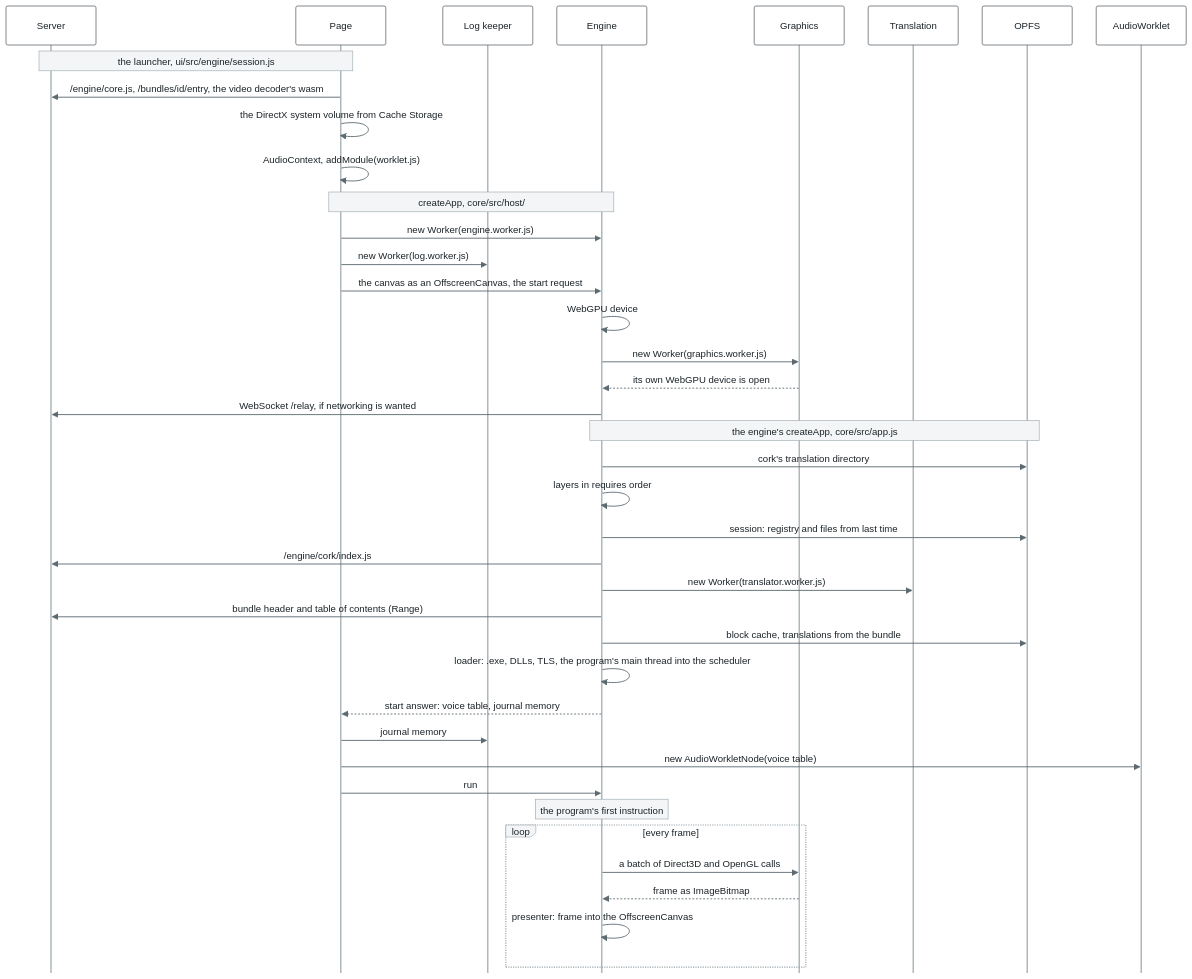
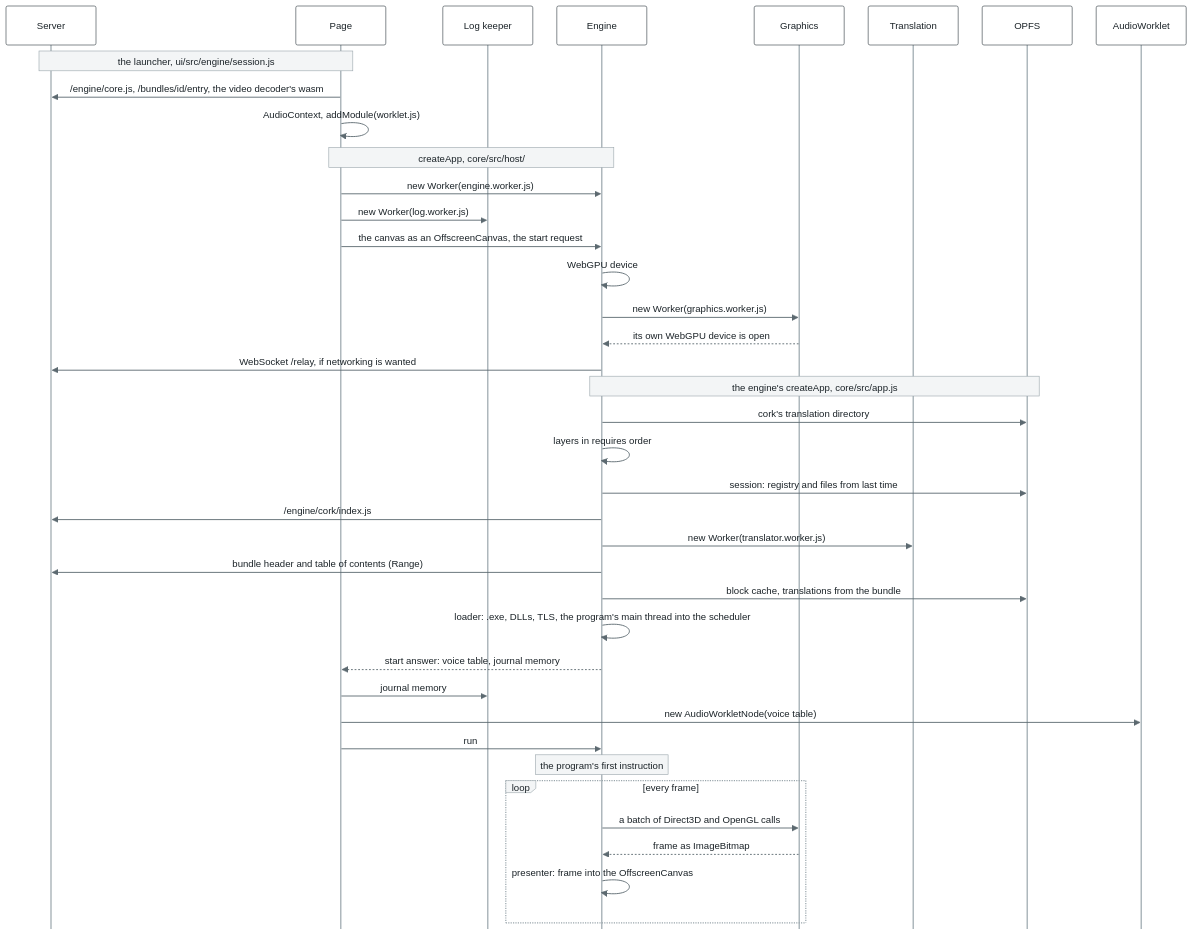
One commit to bottlify/bottlify changed the third of 12 diagrams in docs/architecture.md. Above: the diagram before and after it, drawn with Mermaid. The commit also changed other lines of this file and 19 other files, not shown here.

````diff
--- a/docs/architecture.md
+++ b/docs/architecture.md
@@ -187,43 +187,42 @@
 ```mermaid
 %%{init: {"theme": "base", "sequence": {"mirrorActors": false, "messageMargin": 24, "noteMargin": 8, "actorMargin": 40}, "themeVariables": {"fontFamily": "Inter, Segoe UI, Helvetica, Arial, sans-serif", "fontSize": "13px", "actorBkg": "#FFFFFF", "actorBorder": "#2F3A40", "actorTextColor": "#1B2328", "actorLineColor": "#9AA6AC", "signalColor": "#5C6970", "signalTextColor": "#1B2328", "noteBkgColor": "#F3F5F6", "noteBorderColor": "#9AA6AC", "noteTextColor": "#1B2328", "labelBoxBkgColor": "#F3F5F6", "labelBoxBorderColor": "#9AA6AC", "labelTextColor": "#1B2328", "loopTextColor": "#1B2328"}}}%%
 sequenceDiagram
   participant S as Server
   participant P as Page
   participant K as Log keeper
   participant E as Engine
   participant G as Graphics
   participant T as Translation
   participant O as OPFS
   participant A as AudioWorklet
   Note over S,P: the launcher, ui/src/engine/session.js
   P->>S: /engine/core.js, /bundles/id/entry, the video decoder's wasm
-  P->>P: the DirectX system volume from Cache Storage
   P->>P: AudioContext, addModule(worklet.js)
   Note over P,E: createApp, core/src/host/
   P->>E: new Worker(engine.worker.js)
   P->>K: new Worker(log.worker.js)
   P->>E: the canvas as an OffscreenCanvas, the start request
   E->>E: WebGPU device
   E->>G: new Worker(graphics.worker.js)
   G-->>E: its own WebGPU device is open
   E->>S: WebSocket /relay, if networking is wanted
   Note over E,O: the engine's createApp, core/src/app.js
   E->>O: cork's translation directory
   E->>E: layers in requires order
   E->>O: session: registry and files from last time
   E->>S: /engine/cork/index.js
   E->>T: new Worker(translator.worker.js)
   E->>S: bundle header and table of contents (Range)
   E->>O: block cache, translations from the bundle
   E->>E: loader: .exe, DLLs, TLS, the program's main thread into the scheduler
   E-->>P: start answer: voice table, journal memory
   P->>K: journal memory
   P->>A: new AudioWorkletNode(voice table)
   P->>E: run
   Note over E: the program's first instruction
   loop every frame
     E->>G: a batch of Direct3D and OpenGL calls
     G-->>E: frame as ImageBitmap
     E->>E: presenter: frame into the OffscreenCanvas
   end
 ```
````
